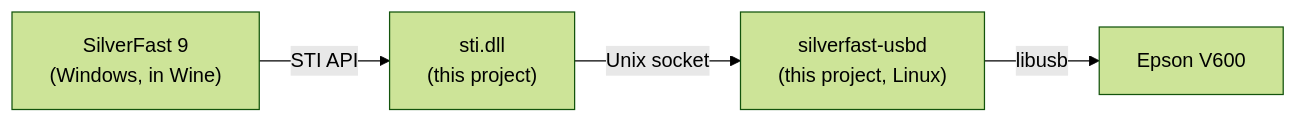
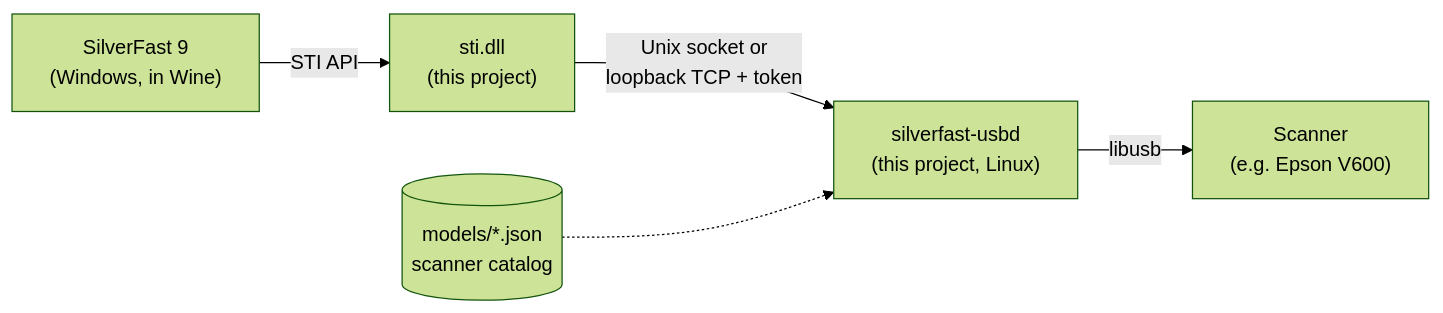
The diagram in README.md (sepgh/silverfast-linux), drawn with Mermaid (forest theme) before and after one commit. The commit also changed other lines of this file and 8 other files, not shown here.

First line of the commit message:
Bring docs in line with the scanner catalog

````diff
--- a/README.md
+++ b/README.md
@@ -151,6 +154,7 @@
 ```mermaid
 flowchart LR
     SF["SilverFast 9<br/>(Windows, in Wine)"] -->|"STI API"| STI["sti.dll<br/>(this project)"]
-    STI -->|"Unix socket"| USBD["silverfast-usbd<br/>(this project, Linux)"]
-    USBD -->|"libusb"| V600["Epson V600"]
+    STI -->|"Unix socket or<br/>loopback TCP + token"| USBD["silverfast-usbd<br/>(this project, Linux)"]
+    USBD -->|"libusb"| SCN["Scanner<br/>(e.g. Epson V600)"]
+    CAT[("models/*.json<br/>scanner catalog")] -.-> USBD
 ```
````
